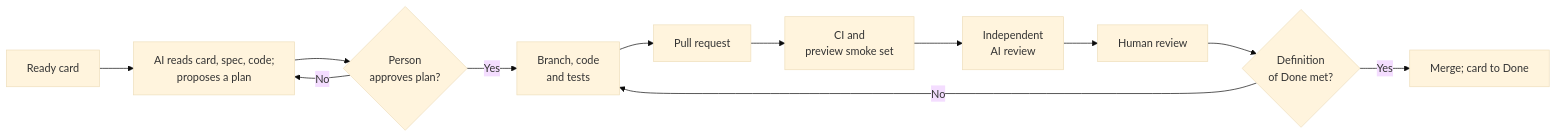
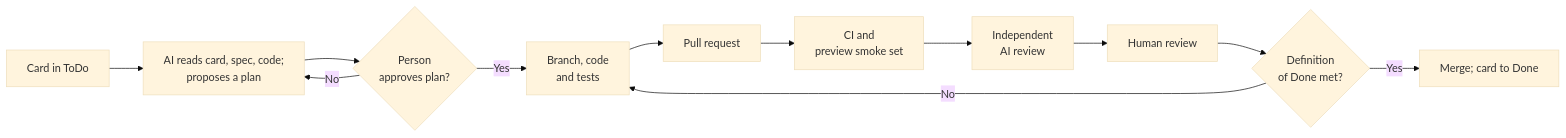
One commit to huynguyennang-agilityio/tripmate-docs changed the diagram in docs/development-flow.md. Above: the diagram before and after it, drawn with Mermaid (base theme). The commit also changed other lines of this file and 4 other files, not shown here.

First line of the commit message:
Approve test-strategy, ai-golden-dataset and development-flow; record the team and Trello board

````diff
--- a/docs/development-flow.md
+++ b/docs/development-flow.md
@@ -54,14 +61,14 @@
 ```mermaid
 flowchart LR
-    R["Ready card"] --> P["AI reads card, spec, code;<br/>proposes a plan"]
+    R["Card in ToDo"] --> P["AI reads card, spec, code;<br/>proposes a plan"]
     P --> A{"Person<br/>approves plan?"}
     A -->|No| P
     A -->|Yes| B["Branch, code<br/>and tests"]
     B --> PR["Pull request"]
     PR --> CI["CI and<br/>preview smoke set"]
     CI --> AR["Independent<br/>AI review"]
     AR --> HR["Human review"]
     HR --> D{"Definition<br/>of Done met?"}
     D -->|No| B
     D -->|Yes| M["Merge; card to Done"]
 ```
````
